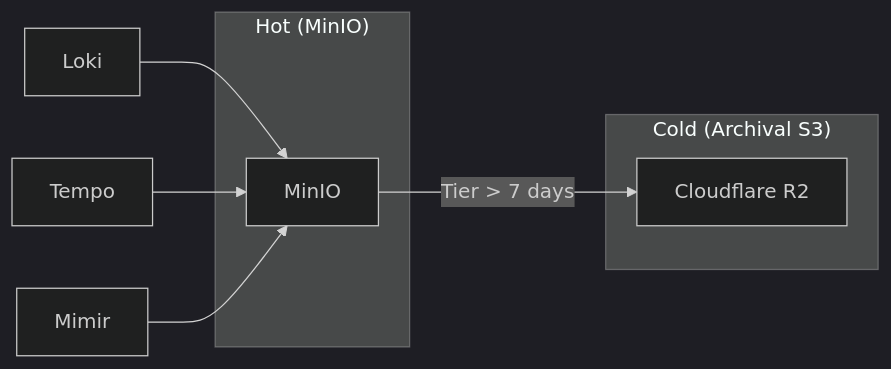
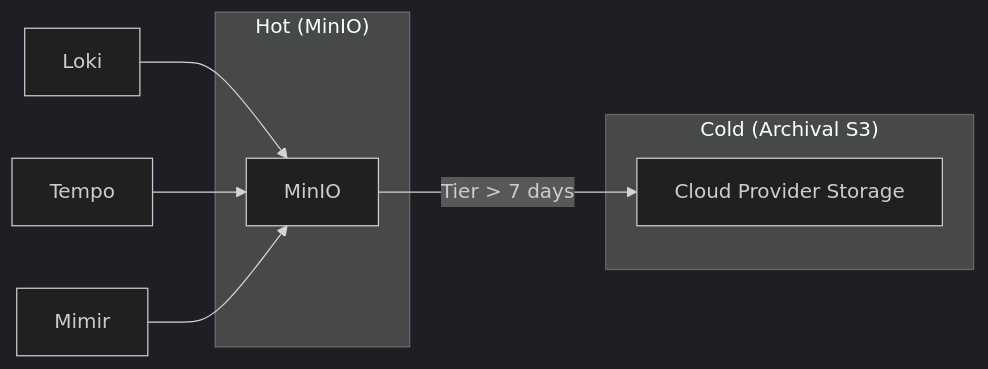
Before and after one commit to openova-io/grafana: the second of 3 diagrams in docs/ADR-OBSERVABILITY-STACK.md, drawn with Mermaid (dark theme). The commit also changed other lines of this file and 1 other file, not shown here.

````diff
--- a/docs/ADR-OBSERVABILITY-STACK.md
+++ b/docs/ADR-OBSERVABILITY-STACK.md
@@ -88,15 +88,15 @@
 ```mermaid
 flowchart LR
     subgraph Hot["Hot (MinIO)"]
         MinIO[MinIO]
     end
 
     subgraph Cold["Cold (Archival S3)"]
-        R2[Cloudflare R2]
+        Archive[Cloud Provider Storage]
     end
 
     Loki[Loki] --> MinIO
     Tempo[Tempo] --> MinIO
     Mimir[Mimir] --> MinIO
-    MinIO -->|"Tier > 7 days"| R2
+    MinIO -->|"Tier > 7 days"| Archive
 ```
````
